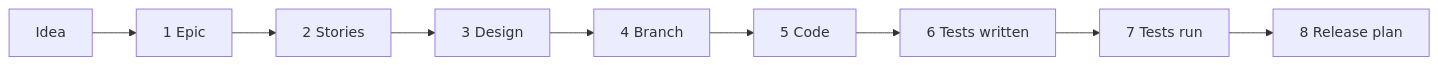
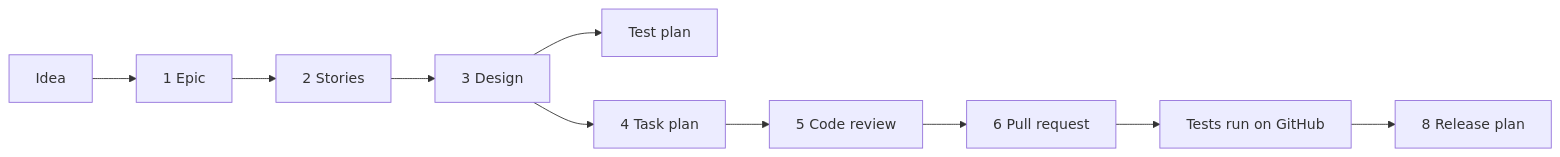
Before and after one commit to HasithaErandika/aura: the first of 3 diagrams in docs/story.md, drawn with Mermaid. The commit also changed other lines of this file and 18 other files, not shown here.

````diff
--- a/docs/story.md
+++ b/docs/story.md
@@ -37,6 +38,7 @@
 ```mermaid
 flowchart LR
     I["Idea"] --> G1["1 Epic"] --> G2["2 Stories"] --> G3["3 Design"]
-    G3 --> G4["4 Branch"] --> G5["5 Code"] --> G6["6 Tests written"]
-    G6 --> G7["7 Tests run"] --> G8["8 Release plan"]
+    G3 --> QA["Test plan"]
+    G3 --> G4["4 Task plan"] --> G5["5 Code review"] --> G6["6 Pull request"]
+    G6 --> CI["Tests run on GitHub"] --> G8["8 Release plan"]
 ```
````
